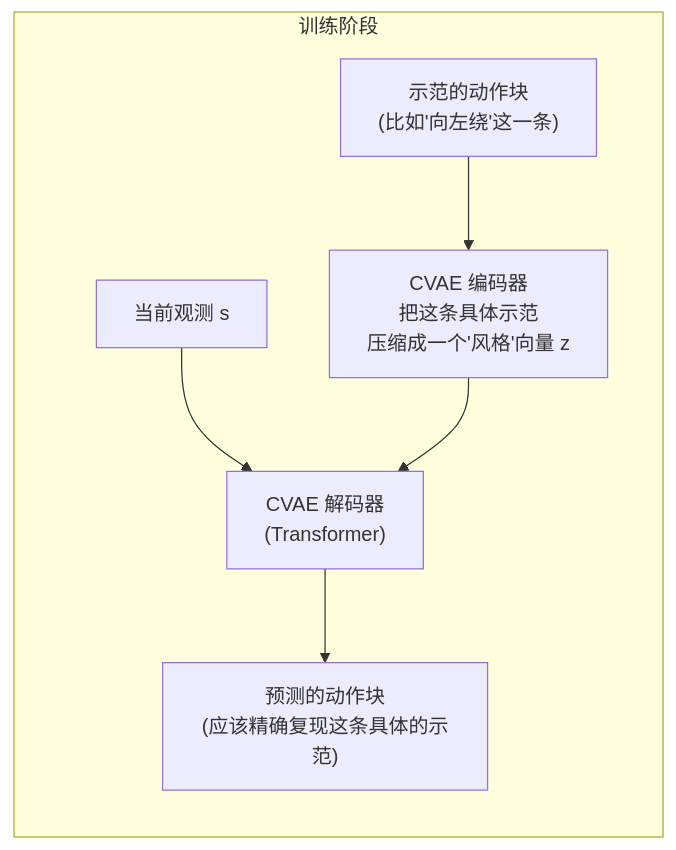
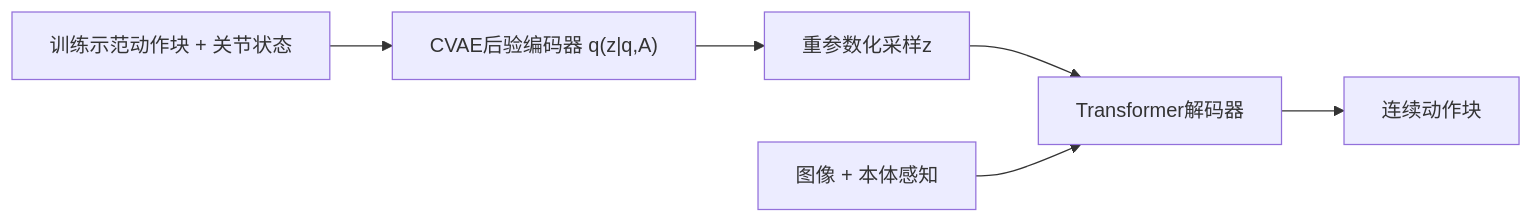
One commit to AI-learning-simple/Build-Your-Own-LLM changed the second of 3 diagrams in 4. 具身智能/6. 现代模仿学习策略——Action Chunking、ACT 与 Diffusion Policy.md. Above: the diagram before and after it, drawn with Mermaid. The commit also changed other lines of this file and 88 other files, not shown here.

````diff
--- a/4. 具身智能/6. 现代模仿学习策略——Action Chunking、ACT 与 Diffusion Policy.md
+++ b/4. 具身智能/6. 现代模仿学习策略——Action Chunking、ACT 与 Diffusion Policy.md
@@ -52,9 +51,8 @@
 ```mermaid
 flowchart LR
-    subgraph 训练阶段
-    Demo["示范的动作块<br/>(比如'向左绕'这一条)"] --> Enc["CVAE 编码器<br/>把这条具体示范<br/>压缩成一个'风格'向量 z"]
-    Obs1["当前观测 s"] --> Dec1["CVAE 解码器<br/>(Transformer)"]
-    Enc --> Dec1
-    Dec1 --> Pred1["预测的动作块<br/>(应该精确复现这条具体的示范)"]
-    end
+    Demo["训练示范动作块 + 关节状态"] --> Enc["CVAE后验编码器 q(z|q,A)"]
+    Enc --> Z["重参数化采样z"]
+    Z --> Dec["Transformer解码器"]
+    Obs["图像 + 本体感知"] --> Dec
+    Dec --> Pred["连续动作块"]
 ```
````
